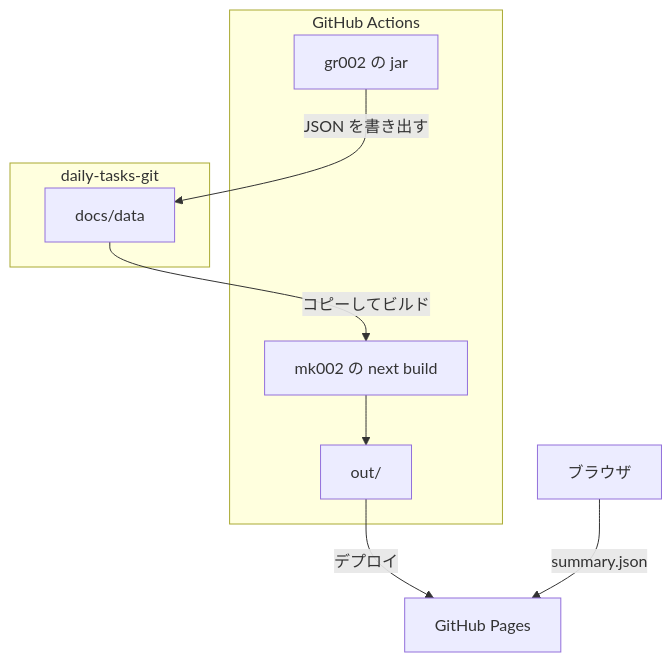
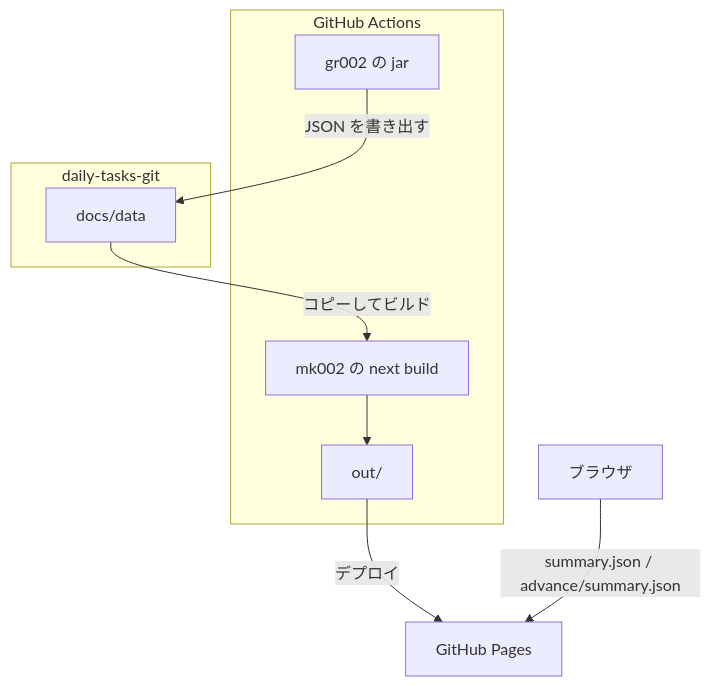
Before and after one commit to KenichiroArai/kb002_daily-tasks_doc: the third of 3 diagrams in docs/overview.md, drawn with Mermaid. The commit also changed other lines of this file and 16 other files, not shown here.

````diff
--- a/docs/overview.md
+++ b/docs/overview.md
@@ -96,19 +96,19 @@
 ```mermaid
 flowchart TB
   subgraph actions [GitHub Actions]
     jar["gr002 の jar"]
     nextBuild["mk002 の next build"]
     outDir["out/"]
   end
   subgraph gitRepo [daily-tasks-git]
     dataDir["docs/data"]
   end
   pages["GitHub Pages"]
   browser["ブラウザ"]
 
   jar -->|"JSON を書き出す"| dataDir
   dataDir -->|"コピーしてビルド"| nextBuild
   nextBuild --> outDir
   outDir -->|"デプロイ"| pages
-  browser -->|"summary.json"| pages
+  browser -->|"summary.json / advance/summary.json"| pages
 ```
````
